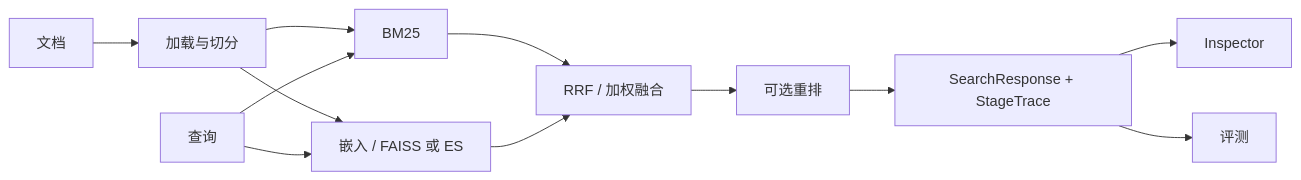
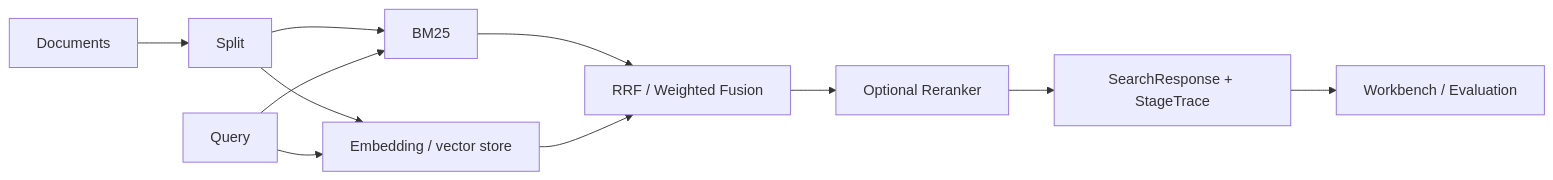
One commit to ericqin-ai/rag-toolkit changed the diagram in README.zh-CN.md. Above: the diagram before and after it, drawn with Mermaid. The commit also changed other lines of this file and 73 other files, not shown here.

````diff
--- a/README.zh-CN.md
+++ b/README.zh-CN.md
@@ -13,14 +158,13 @@
 ```mermaid
 flowchart LR
-    D[文档] --> L[加载与切分]
-    L --> B[BM25]
-    L --> V[嵌入 / FAISS 或 ES]
-    Q[查询] --> B
-    Q --> V
-    B --> F[RRF / 加权融合]
-    V --> F
-    F --> R[可选重排]
-    R --> S[SearchResponse + StageTrace]
-    S --> I[Inspector]
-    S --> E[评测]
+    D[Documents] --> S[Split]
+    S --> B[BM25]
+    S --> E[Embedding / vector store]
+    Q[Query] --> B
+    Q --> E
+    B --> F[RRF / Weighted Fusion]
+    E --> F
+    F --> R[Optional Reranker]
+    R --> T[SearchResponse + StageTrace]
+    T --> W[Workbench / Evaluation]
 ```
````
